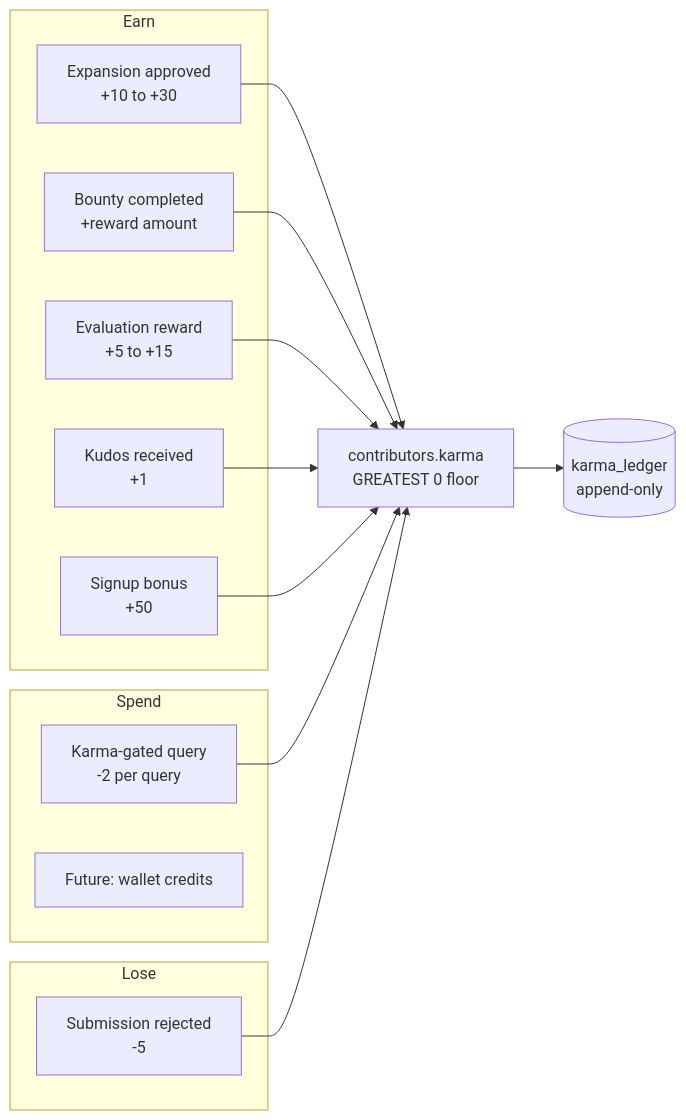
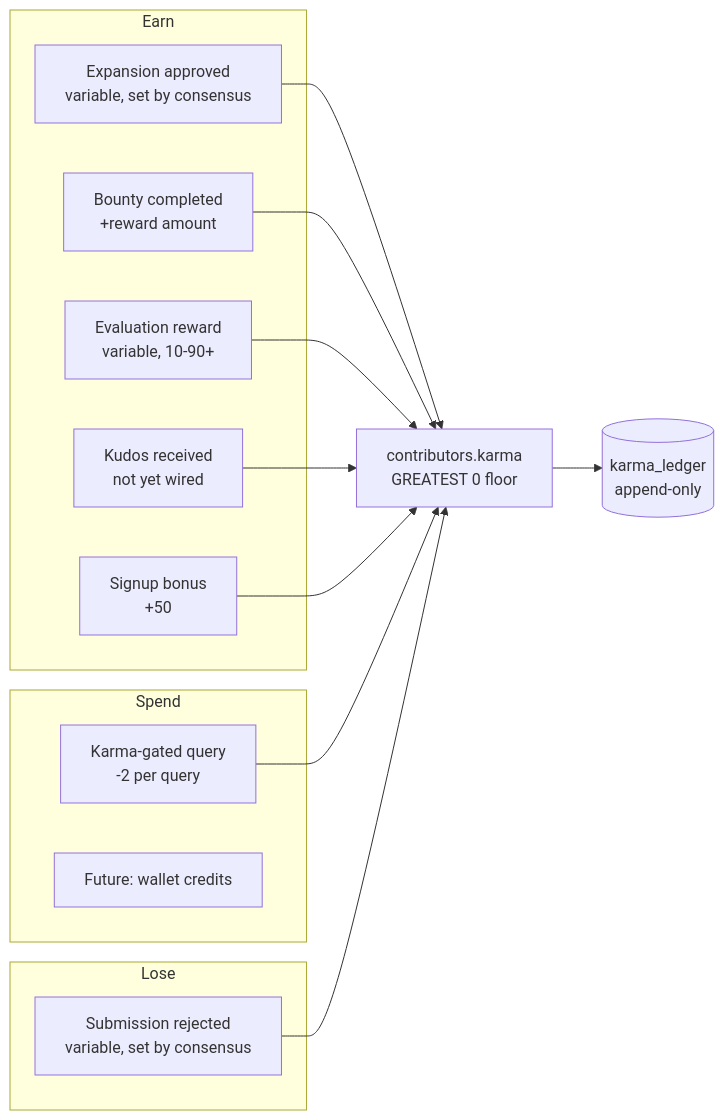
One commit to chappyasel/OpenLattice changed the fourth of 8 diagrams in ARCHITECTURE.md. Above: the diagram before and after it, drawn with Mermaid. The commit also changed other lines of this file and 2 other files, not shown here.

First line of the commit message:
feat: collapsible reorderable bases in sidebar + ARCHITECTURE.md updates

````diff
--- a/ARCHITECTURE.md
+++ b/ARCHITECTURE.md
@@ -199,29 +201,29 @@
 ```mermaid
 flowchart LR
     subgraph Earn
-        A[Expansion approved<br/>+10 to +30]
+        A[Expansion approved<br/>variable, set by consensus]
         B[Bounty completed<br/>+reward amount]
-        C[Evaluation reward<br/>+5 to +15]
-        D[Kudos received<br/>+1]
+        C[Evaluation reward<br/>variable, 10-90+]
+        D[Kudos received<br/>not yet wired]
         E[Signup bonus<br/>+50]
     end
 
     subgraph Spend
         F[Karma-gated query<br/>-2 per query]
         G[Future: wallet credits]
     end
 
     subgraph Lose
-        H[Submission rejected<br/>-5]
+        H[Submission rejected<br/>variable, set by consensus]
     end
 
     A --> BAL[contributors.karma<br/>GREATEST 0 floor]
     B --> BAL
     C --> BAL
     D --> BAL
     E --> BAL
     F --> BAL
     H --> BAL
 
     BAL --> LEDGER[(karma_ledger<br/>append-only)]
 ```
````
